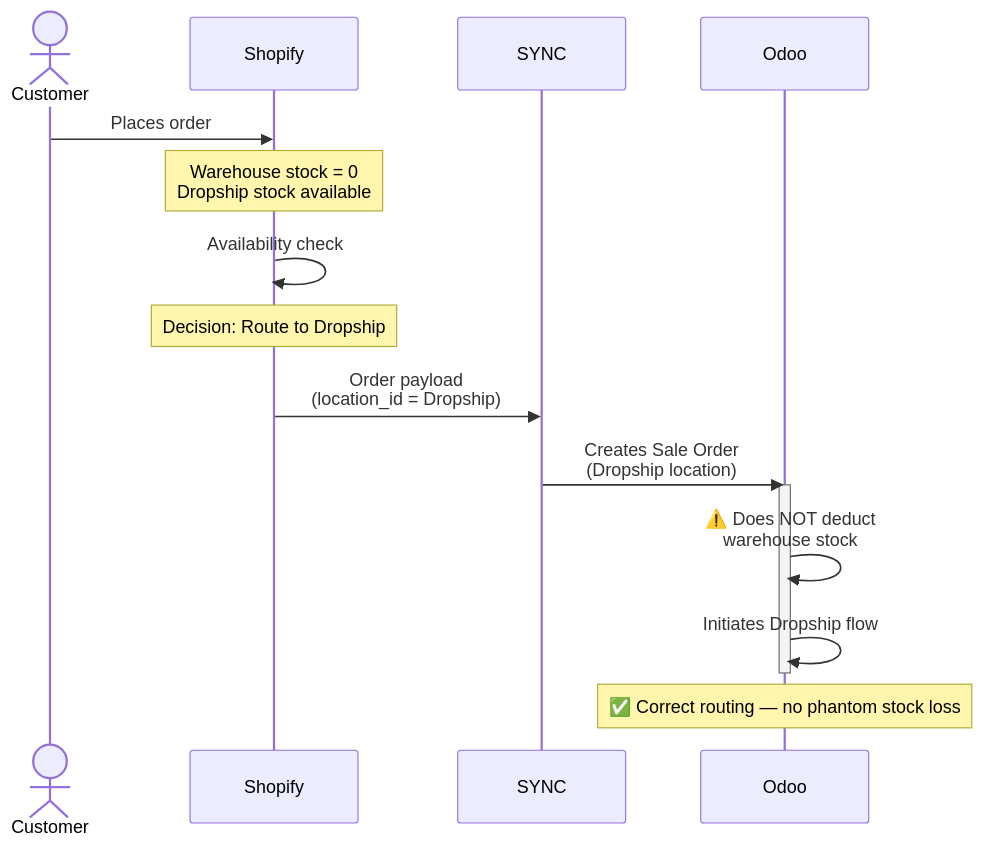
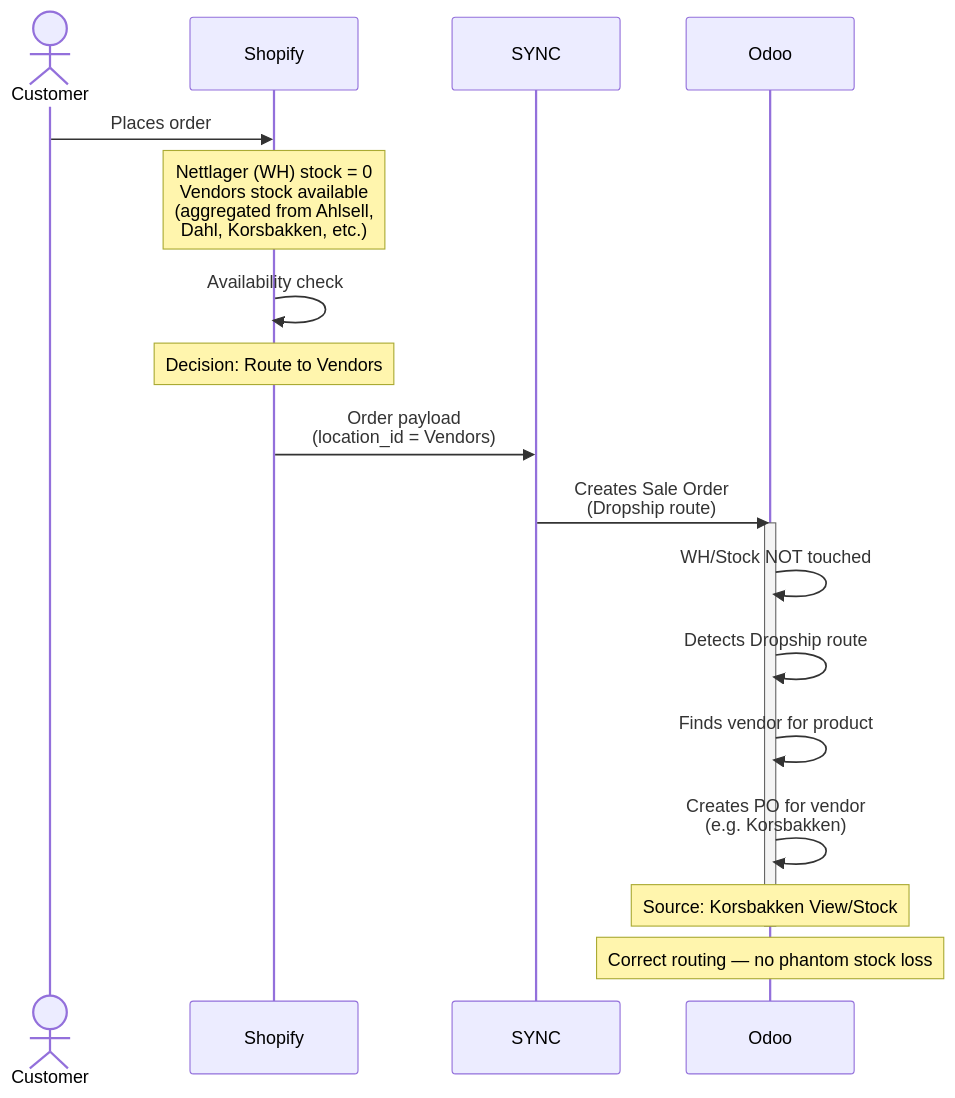
The tenth of 16 diagrams in shopify-sync-odoo-scenarios.md (ozan-droid/documents), drawn with Mermaid before and after one commit. The commit also changed other lines of this file, not shown here.

````diff
--- a/shopify-sync-odoo-scenarios.md
+++ b/shopify-sync-odoo-scenarios.md
@@ -247,23 +423,27 @@
 ```mermaid
 sequenceDiagram
     actor Customer
     participant Shopify
     participant SYNC
     participant Odoo
 
     Customer->>Shopify: Places order
-    Note over Shopify: Warehouse stock = 0<br/>Dropship stock available
+
+    Note over Shopify: Nettlager (WH) stock = 0<br/>Vendors stock available<br/>(aggregated from Ahlsell,<br/>Dahl, Korsbakken, etc.)
 
     Shopify->>Shopify: Availability check
-    Note over Shopify: Decision: Route to Dropship
+    Note over Shopify: Decision: Route to Vendors
 
-    Shopify->>SYNC: Order payload<br/>(location_id = Dropship)
-    SYNC->>Odoo: Creates Sale Order<br/>(Dropship location)
+    Shopify->>SYNC: Order payload<br/>(location_id = Vendors)
+    SYNC->>Odoo: Creates Sale Order<br/>(Dropship route)
 
     activate Odoo
-    Odoo->>Odoo: ⚠️ Does NOT deduct<br/>warehouse stock
-    Odoo->>Odoo: Initiates Dropship flow
+    Odoo->>Odoo: WH/Stock NOT touched
+    Odoo->>Odoo: Detects Dropship route
+    Odoo->>Odoo: Finds vendor for product
+    Odoo->>Odoo: Creates PO for vendor<br/>(e.g. Korsbakken)
+    Note over Odoo: Source: Korsbakken View/Stock
     deactivate Odoo
 
-    Note over Odoo: ✅ Correct routing — no phantom stock loss
+    Note over Odoo: Correct routing — no phantom stock loss
 ```
````
